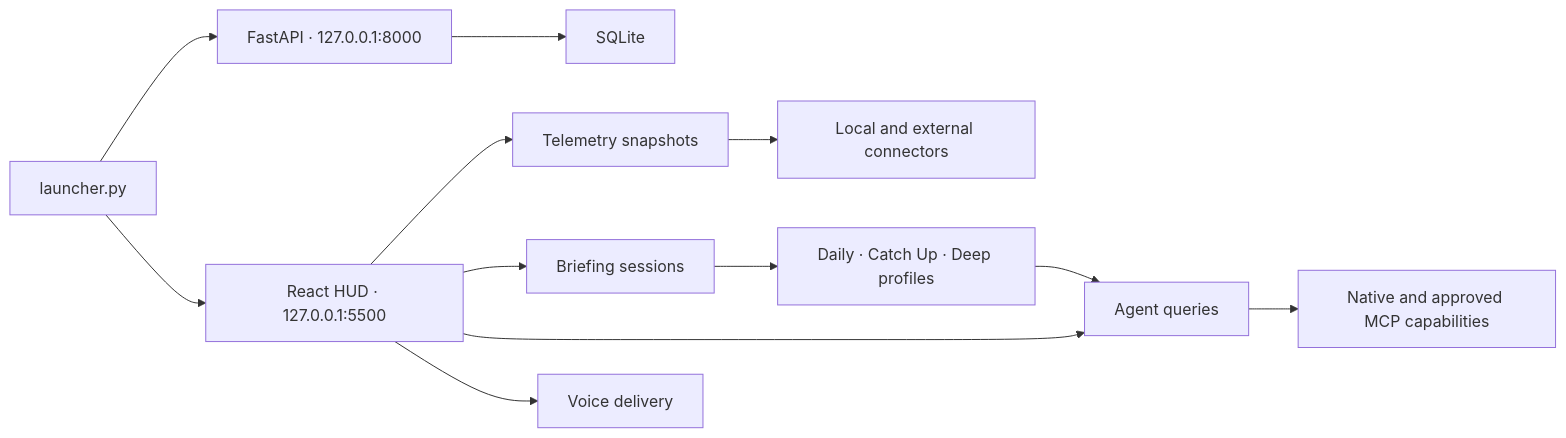
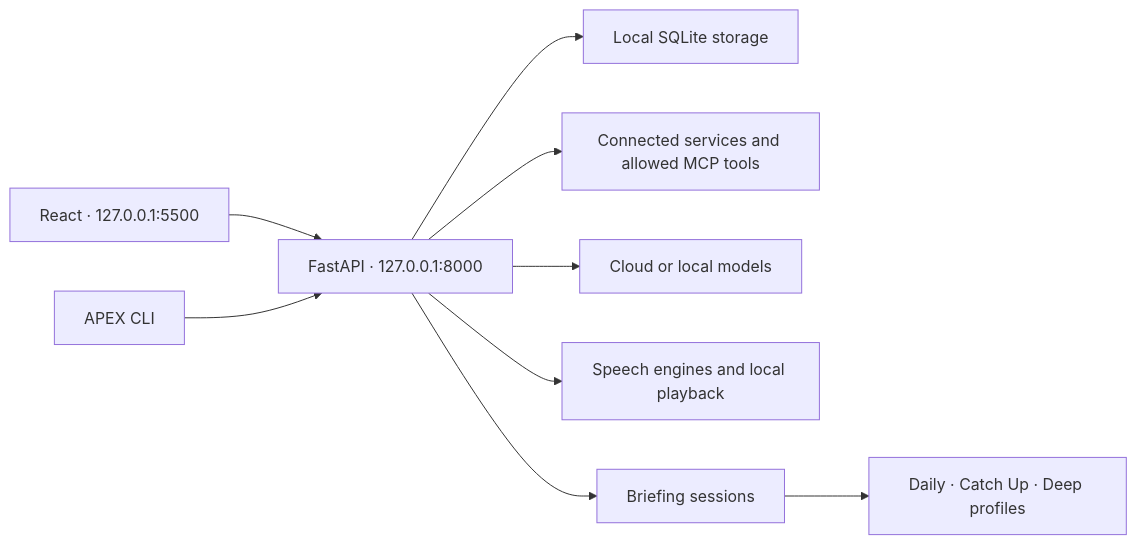
Before and after one commit to edumarcano/APEX: the diagram in README.md, drawn with Mermaid. The commit also changed other lines of this file and 13 other files, not shown here.

````diff
--- a/README.md
+++ b/README.md
@@ -96,14 +134,11 @@
 ```mermaid
 flowchart LR
-    L["launcher.py"] --> API["FastAPI · 127.0.0.1:8000"]
-    L --> HUD["React HUD · 127.0.0.1:5500"]
-    HUD --> T["Telemetry snapshots"]
-    HUD --> B["Briefing sessions"]
-    HUD --> A["Agent queries"]
-    HUD --> V["Voice delivery"]
-    T --> C["Local and external connectors"]
+    UI["React · 127.0.0.1:5500"] --> API["FastAPI · 127.0.0.1:8000"]
+    CLI["APEX CLI"] --> API
+    API --> DB["Local SQLite storage"]
+    API --> C["Connected services and allowed MCP tools"]
+    API --> P["Cloud or local models"]
+    API --> V["Speech engines and local playback"]
+    API --> B["Briefing sessions"]
     B --> M["Daily · Catch Up · Deep profiles"]
-    M --> A
-    A --> P["Native and approved MCP capabilities"]
-    API --> DB["SQLite"]
 ```
````
